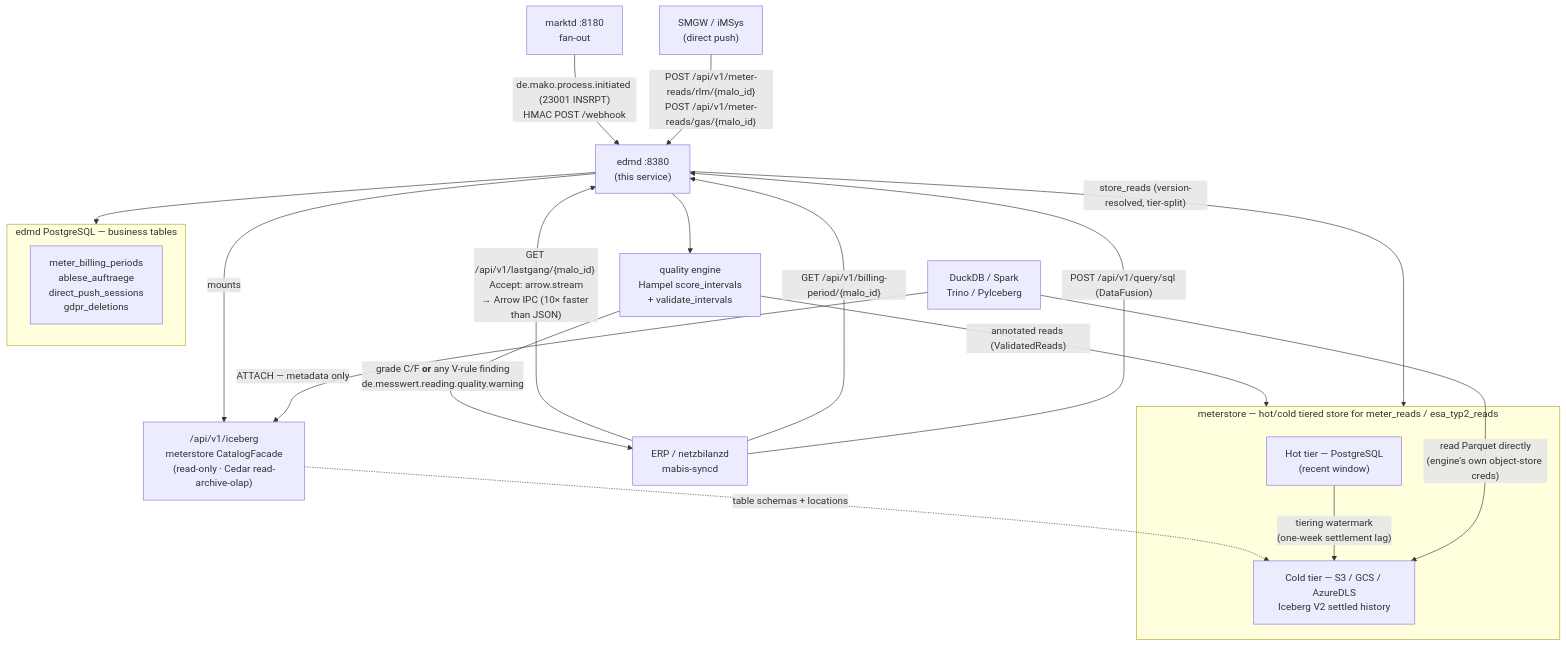
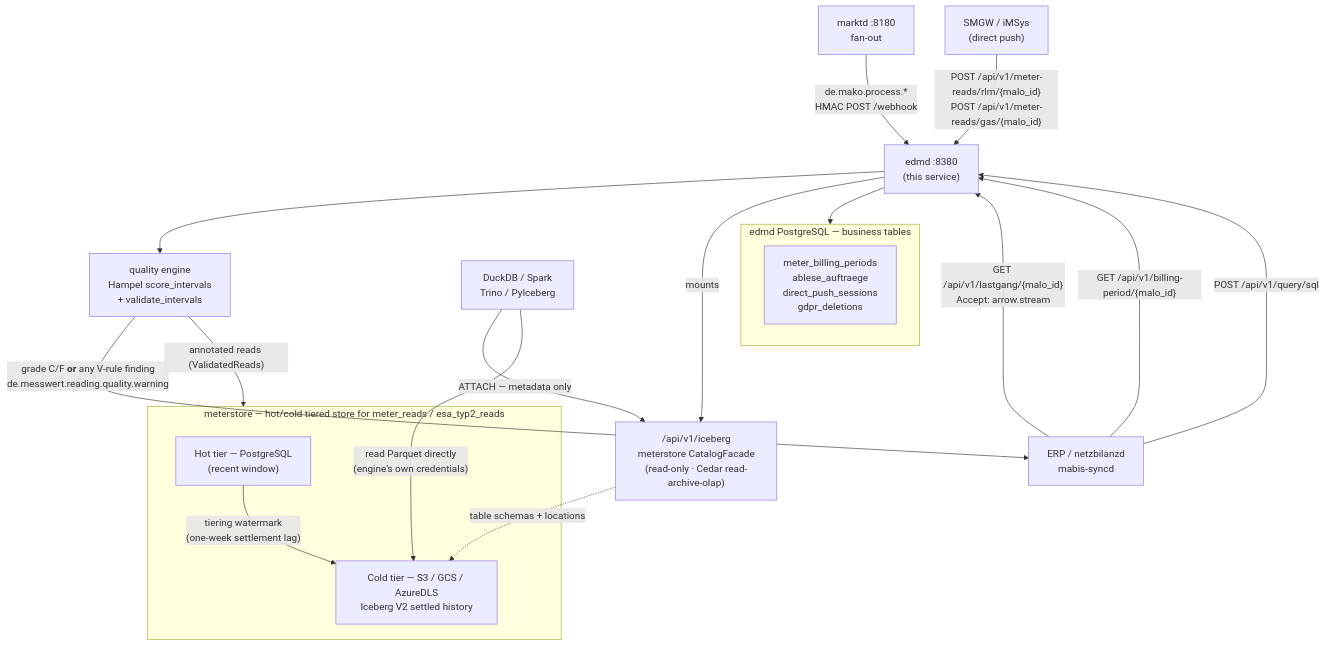
Before and after one commit to hupe1980/mako: the first of 2 diagrams in site/content/docs/services/edmd.md, drawn with Mermaid. The commit also changed other lines of this file and 1091 other files, not shown here.

````diff
--- a/site/content/docs/services/edmd.md
+++ b/site/content/docs/services/edmd.md
@@ -107,36 +67,35 @@
 ```mermaid
 graph TB
     marktd["marktd :8180<br/>fan-out"]
     smgw["SMGW / iMSys<br/>(direct push)"]
     edmd["edmd :8380<br/>(this service)"]
 
     subgraph store["meterstore — hot/cold tiered store for meter_reads / esa_typ2_reads"]
         hot["Hot tier — PostgreSQL<br/>(recent window)"]
         cold["Cold tier — S3 / GCS / AzureDLS<br/>Iceberg V2 settled history"]
     end
 
     subgraph edmdpg["edmd PostgreSQL — business tables"]
         biz["meter_billing_periods<br/>ablese_auftraege<br/>direct_push_sessions<br/>gdpr_deletions"]
     end
 
     erp["ERP / netzbilanzd<br/>mabis-syncd"]
     duckdb["DuckDB / Spark<br/>Trino / PyIceberg"]
     catalog["/api/v1/iceberg<br/>meterstore CatalogFacade<br/>(read-only · Cedar read-archive-olap)"]
     qa["quality engine<br/>Hampel score_intervals<br/>+ validate_intervals"]
 
-    marktd -->|"de.mako.process.initiated (23001 INSRPT)<br/>HMAC POST /webhook"| edmd
+    marktd -->|"de.mako.process.* <br/>HMAC POST /webhook"| edmd
     smgw -->|"POST /api/v1/meter-reads/rlm/{malo_id}<br/>POST /api/v1/meter-reads/gas/{malo_id}"| edmd
     edmd --> qa
     qa -->|"annotated reads (ValidatedReads)"| store
     qa -->|"grade C/F <b>or</b> any V-rule finding<br/>de.messwert.reading.quality.warning"| erp
-    edmd -->|"store_reads (version-resolved, tier-split)"| store
     edmd --> edmdpg
     edmd -->|"mounts"| catalog
     catalog -.->|"table schemas + locations"| cold
     hot -->|"tiering watermark<br/>(one-week settlement lag)"| cold
-    erp -->|"GET /api/v1/lastgang/{malo_id} Accept: arrow.stream<br/>→ Arrow IPC (10× faster than JSON)"| edmd
+    erp -->|"GET /api/v1/lastgang/{malo_id}<br/>Accept: arrow.stream"| edmd
     erp -->|"GET /api/v1/billing-period/{malo_id}"| edmd
-    erp -->|"POST /api/v1/query/sql (DataFusion)"| edmd
+    erp -->|"POST /api/v1/query/sql"| edmd
     duckdb -->|"ATTACH — metadata only"| catalog
-    duckdb -->|"read Parquet directly<br/>(engine's own object-store creds)"| cold
+    duckdb -->|"read Parquet directly<br/>(engine's own credentials)"| cold
 ```
````
